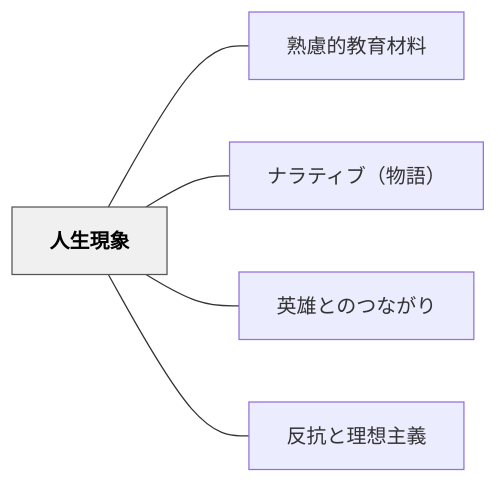
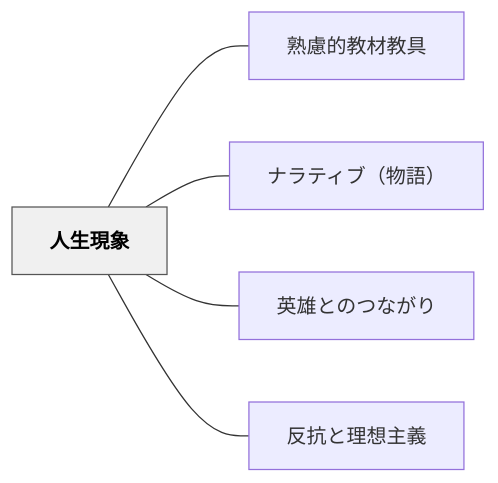
One commit to unknownthings-ed-patterns/unknownthings-ed-patterns changed the diagram in content/パタン/人生現象.md. Above: the diagram before and after it, drawn with Mermaid. The commit also changed other lines of this file and 72 other files, not shown here.

````diff
--- a/content/パタン/人生現象.md
+++ b/content/パタン/人生現象.md
@@ -45,16 +45,16 @@
 ```mermaid
 flowchart LR
     ne4babae7949fe78fbee8b1a1["人生現象"]
-    ne7869fe685aee79a84e69599e882b2e69d90e69699["熟慮的教育材料"]
+    ne7869fe685aee79a84e69599e69d90e69599e585b7["熟慮的教材教具"]
     ne3838ae383a9e38386e382a3e38396efbc88e789a9e8aa9eefbc89["ナラティブ（物語）"]
     ne88bb1e99b84e381a8e381aee381a4e381aae3818ce3828a["英雄とのつながり"]
     ne58f8de68a97e381a8e79086e683b3e4b8bbe7bea9["反抗と理想主義"]
 
-    ne4babae7949fe78fbee8b1a1 --- ne7869fe685aee79a84e69599e882b2e69d90e69699
+    ne4babae7949fe78fbee8b1a1 --- ne7869fe685aee79a84e69599e69d90e69599e585b7
     ne4babae7949fe78fbee8b1a1 --- ne3838ae383a9e38386e382a3e38396efbc88e789a9e8aa9eefbc89
     ne4babae7949fe78fbee8b1a1 --- ne88bb1e99b84e381a8e381aee381a4e381aae3818ce3828a
     ne4babae7949fe78fbee8b1a1 --- ne58f8de68a97e381a8e79086e683b3e4b8bbe7bea9
 
     classDef hub fill:#f0f0f0,stroke:#555,color:#000,font-weight:bold
     class ne4babae7949fe78fbee8b1a1 hub
 ```
````
